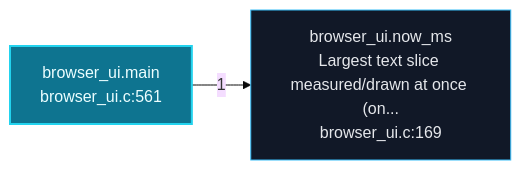
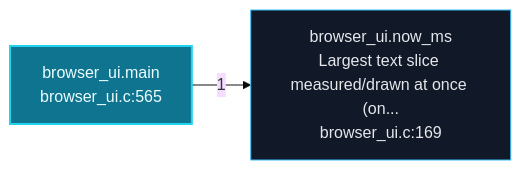
The second of 6 diagrams in readmenator-apidocs/architecture.md (grisuno/FreeDom), drawn with Mermaid (base theme) before and after one commit. The commit also changed other lines of this file and 221 other files, not shown here.

````diff
--- a/readmenator-apidocs/architecture.md
+++ b/readmenator-apidocs/architecture.md
@@ -101,8 +102,8 @@
 ```mermaid
 flowchart LR
     classDef default fill:#111827,stroke:#38bdf8,color:#e5e7eb;
     classDef entry fill:#0e7490,stroke:#22d3ee,color:#ecfeff,stroke-width:2px;
-    n_gui_browser_ui_c__main["browser_ui.main<br/>browser_ui.c:561"]:::entry
+    n_gui_browser_ui_c__main["browser_ui.main<br/>browser_ui.c:565"]:::entry
     n_gui_browser_ui_c__now_ms["browser_ui.now_ms<br/>Largest text slice measured/drawn at once (on...<br/>browser_ui.c:169"]:::default
     n_gui_browser_ui_c__main -->|"1"| n_gui_browser_ui_c__now_ms
 ```
````
